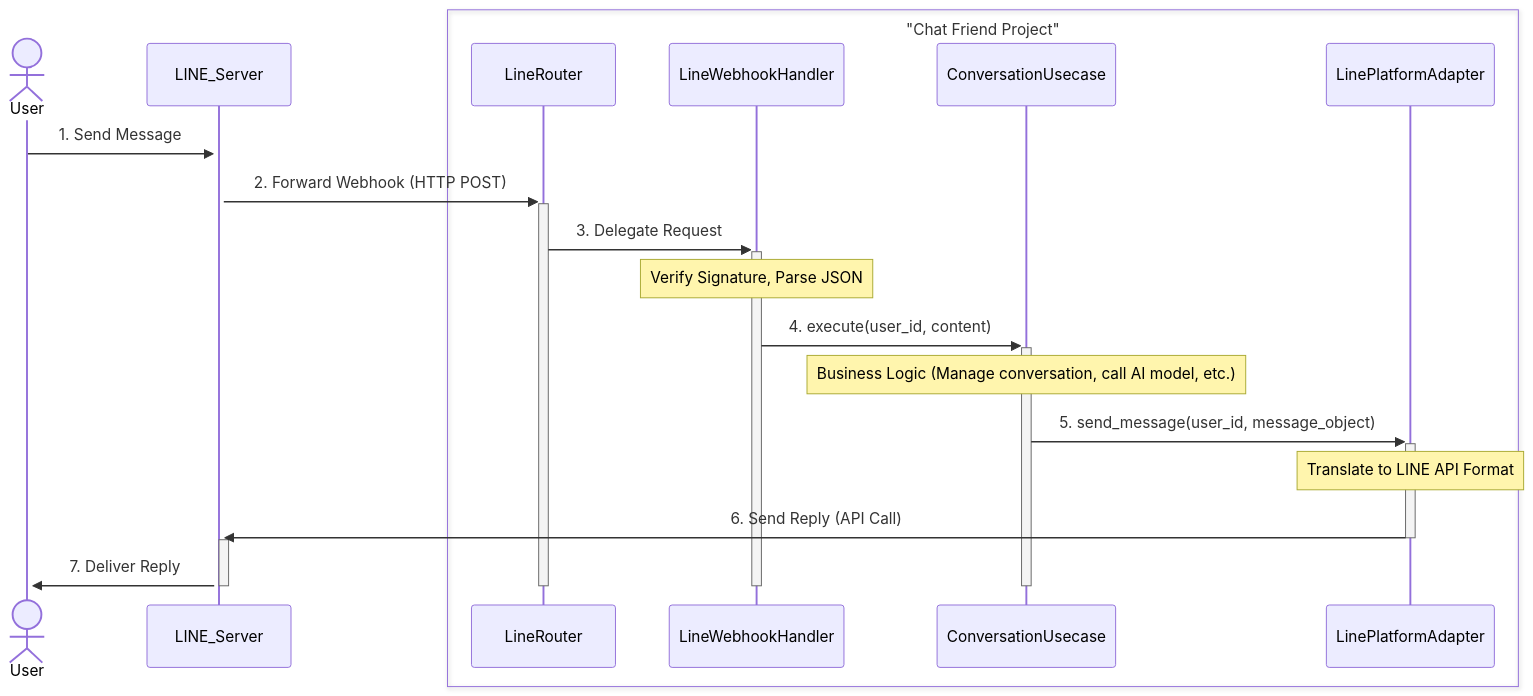
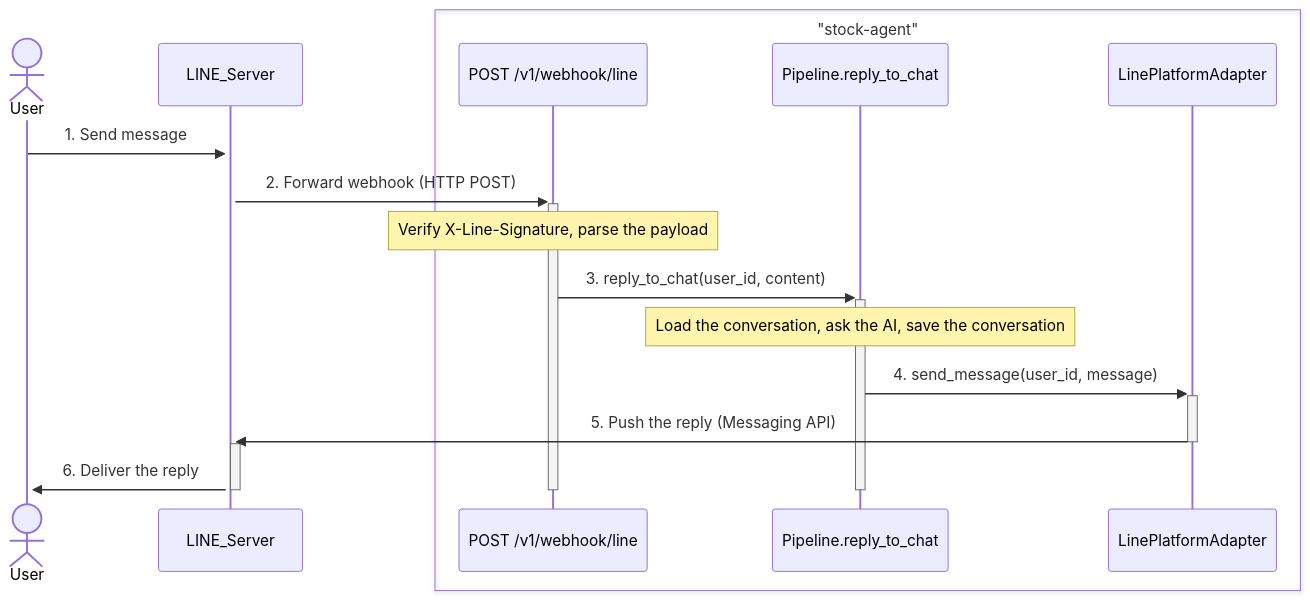
One commit to doluludadada/stock-agent changed the diagram in backend/src/c_infrastructure/platforms/line/readme.md. Above: the diagram before and after it, drawn with Mermaid. The commit also changed 217 other files, not shown here.

First line of the commit message:
refactor: the trading, valuation, AI, news, chat and market code follows the architecture guide

````diff
--- a/backend/src/c_infrastructure/platforms/line/readme.md
+++ b/backend/src/c_infrastructure/platforms/line/readme.md
@@ -1,38 +1,28 @@
 ``` mermaid
 sequenceDiagram
     actor User
     participant LINE_Server
-    
-    box "Chat Friend Project"
-        participant LineRouter
-        participant LineWebhookHandler
-        participant ConversationUsecase
+
+    box "stock-agent"
+        participant LineWebhook as POST /v1/webhook/line
+        participant Pipeline as Pipeline.reply_to_chat
         participant LinePlatformAdapter
     end
 
-    User->>+LINE_Server: 1. Send Message
-    
-    LINE_Server->>+LineRouter: 2. Forward Webhook (HTTP POST)
-    LineRouter->>+LineWebhookHandler: 3. Delegate Request
-    
-    Note over LineWebhookHandler: Verify Signature, Parse JSON
-    
-    LineWebhookHandler->>+ConversationUsecase: 4. execute(user_id, content)
-    
-    Note over ConversationUsecase: Business Logic (Manage conversation, call AI model, etc.)
-    
-    ConversationUsecase->>+LinePlatformAdapter: 5. send_message(user_id, message_object)
-    
-    Note over LinePlatformAdapter: Translate to LINE API Format
-    
-    LinePlatformAdapter->>+LINE_Server: 6. Send Reply (API Call)
+    User->>+LINE_Server: 1. Send message
+    LINE_Server->>+LineWebhook: 2. Forward webhook (HTTP POST)
+
+    Note over LineWebhook: Verify X-Line-Signature, parse the payload
+
+    LineWebhook->>+Pipeline: 3. reply_to_chat(user_id, content)
+
+    Note over Pipeline: Load the conversation, ask the AI, save the conversation
+
+    Pipeline->>+LinePlatformAdapter: 4. send_message(user_id, message)
+    LinePlatformAdapter->>+LINE_Server: 5. Push the reply (Messaging API)
     deactivate LinePlatformAdapter
-    
-    LINE_Server->>+User: 7. Deliver Reply
+    LINE_Server->>+User: 6. Deliver the reply
     deactivate LINE_Server
-    
-    deactivate ConversationUsecase
-    deactivate LineWebhookHandler
-    deactivate LineRouter
-
+    deactivate Pipeline
+    deactivate LineWebhook
 ```
````
